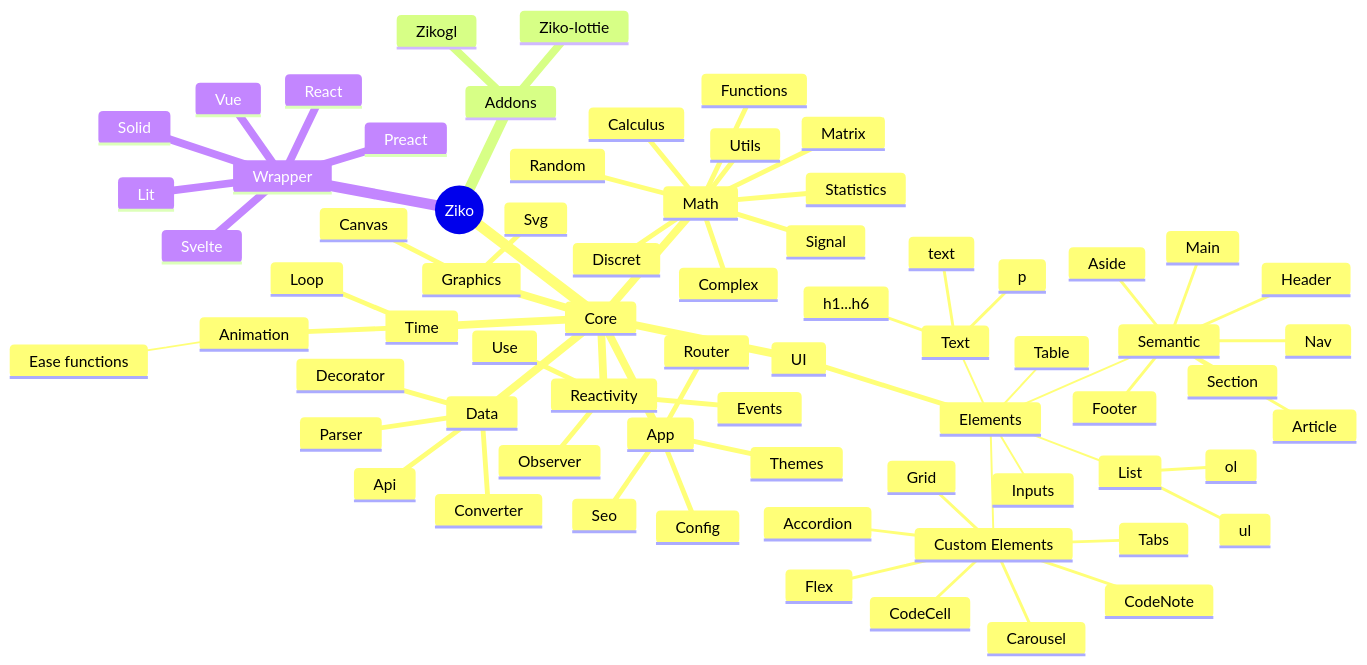
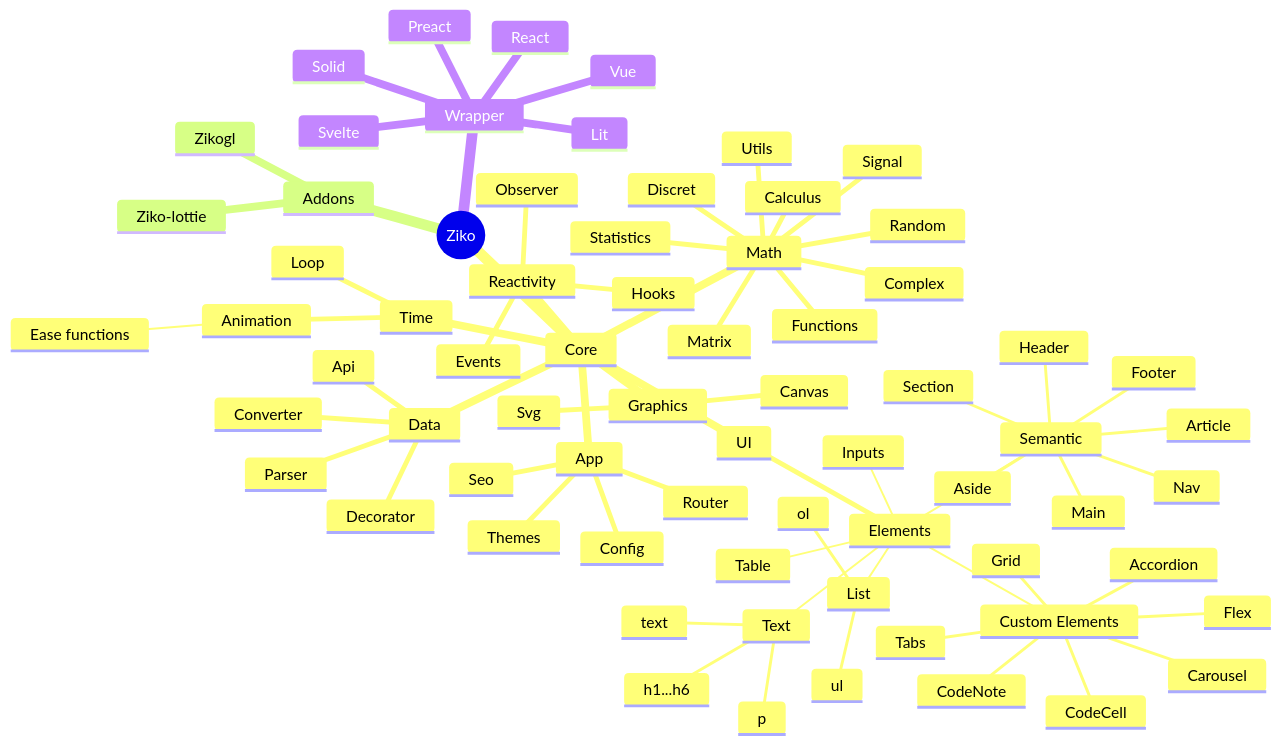
Before and after one commit to zakarialaoui10/ziko.js: the diagram in OLD_README.md, drawn with Mermaid. The commit also changed other lines of this file and 39 other files, not shown here.

````diff
--- a/OLD_README.md
+++ b/OLD_README.md
@@ -9,73 +9,73 @@
 ```mermaid
 mindmap
   root((Ziko))
    Core
     Math
      Utils
      Functions
      Complex
      Matrix 
      Random
      Calculus
      Signal
      Discret
      Statistics
     UI
      Elements
       Text
        text
        p 
        h1...h6
       List 
        ol
        ul
       Table 
       Inputs
       Semantic
        Main
        Header
        Footer
        Section
        Article
        Nav
        Aside
       Custom Elements
        Flex
        Grid
        Accordion
        Carousel
        Tabs
        CodeCell
        CodeNote
     Time
      Animation
       Ease functions
      Loop
     Data
      Api
      Converter
      Decorator
      Parser
     Reactivity
      Events
      Observer
-     Use
+     Hooks
     Graphics
      Svg
      Canvas
     App
      Router
      Seo
      Config
      Themes
    Addons
     Zikogl
     Ziko-lottie
    Wrapper
     React
     Svelte
     Vue
     Lit
     Solid
     Preact
 ```
````
